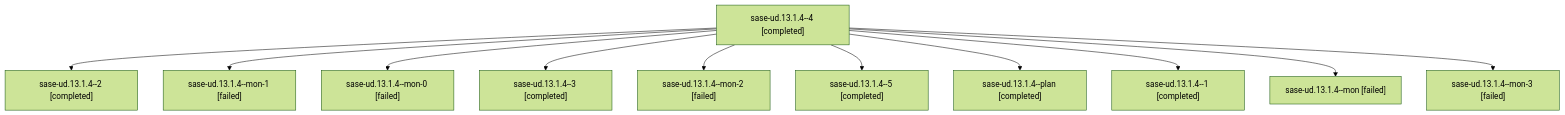
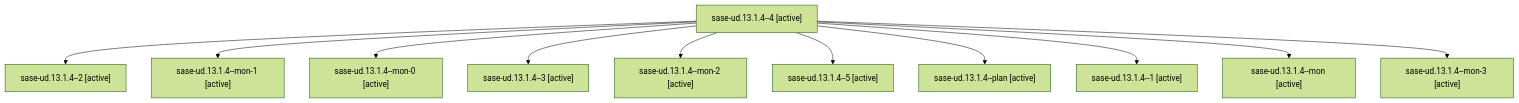
Before and after one commit to sase-org/sase--agents: the diagram in families/bbugyi200.athena.sase-ud.13.1.4.md, drawn with Mermaid (forest theme). The commit also changed other lines of this file and 35830 other files, not shown here.

````diff
--- a/families/bbugyi200.athena.sase-ud.13.1.4.md
+++ b/families/bbugyi200.athena.sase-ud.13.1.4.md
@@ -9,24 +9,24 @@
 ```mermaid
 flowchart TD
-  n0["sase-ud.13.1.4--4 [completed]"]
-  n1["sase-ud.13.1.4--2 [completed]"]
+  n0["sase-ud.13.1.4--4 [active]"]
+  n1["sase-ud.13.1.4--2 [active]"]
   n0 --> n1
-  n2["sase-ud.13.1.4--mon-1 [failed]"]
+  n2["sase-ud.13.1.4--mon-1 [active]"]
   n0 --> n2
-  n3["sase-ud.13.1.4--mon-0 [failed]"]
+  n3["sase-ud.13.1.4--mon-0 [active]"]
   n0 --> n3
-  n4["sase-ud.13.1.4--3 [completed]"]
+  n4["sase-ud.13.1.4--3 [active]"]
   n0 --> n4
-  n5["sase-ud.13.1.4--mon-2 [failed]"]
+  n5["sase-ud.13.1.4--mon-2 [active]"]
   n0 --> n5
-  n6["sase-ud.13.1.4--5 [completed]"]
+  n6["sase-ud.13.1.4--5 [active]"]
   n0 --> n6
-  n7["sase-ud.13.1.4--plan [completed]"]
+  n7["sase-ud.13.1.4--plan [active]"]
   n0 --> n7
-  n8["sase-ud.13.1.4--1 [completed]"]
+  n8["sase-ud.13.1.4--1 [active]"]
   n0 --> n8
-  n9["sase-ud.13.1.4--mon [failed]"]
+  n9["sase-ud.13.1.4--mon [active]"]
   n0 --> n9
-  n10["sase-ud.13.1.4--mon-3 [failed]"]
+  n10["sase-ud.13.1.4--mon-3 [active]"]
   n0 --> n10
 ```
````
